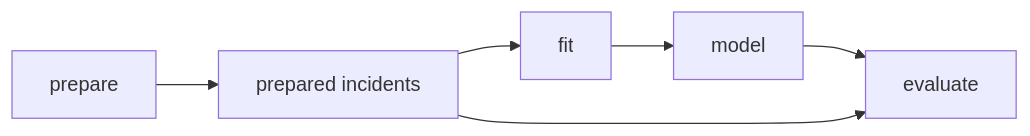
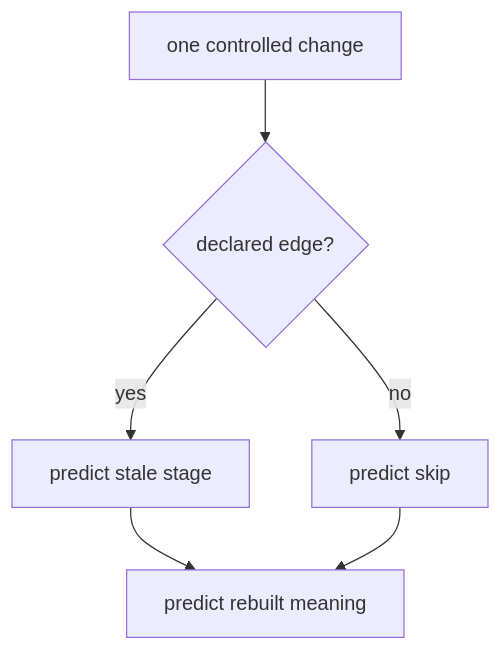
One commit to bijux/bijux-masterclass changed the third of 3 diagrams in programs/reproducible-research/deep-dive-dvc/course-book/module-04-truthful-pipelines-declared-dependencies/exercises.md. Above: the diagram before and after it, drawn with Mermaid. The commit also changed other lines of this file, not shown here.

Commit message:
docs(dvc): make stage contract practice evidence driven

````diff
--- a/programs/reproducible-research/deep-dive-dvc/course-book/module-04-truthful-pipelines-declared-dependencies/exercises.md
+++ b/programs/reproducible-research/deep-dive-dvc/course-book/module-04-truthful-pipelines-declared-dependencies/exercises.md
@@ -152,8 +95,8 @@
 ```mermaid
-flowchart LR
-  prepare["prepare"] --> prepared["prepared incidents"]
-  prepared --> fit["fit"]
-  fit --> model["model"]
-  model --> evaluate["evaluate"]
-  prepared --> evaluate
+flowchart TD
+  change["one controlled change"] --> edge{"declared edge?"}
+  edge -- yes --> stale["predict stale stage"]
+  edge -- no --> skip["predict skip"]
+  stale --> semantic["predict rebuilt meaning"]
+  skip --> semantic
 ```
````
